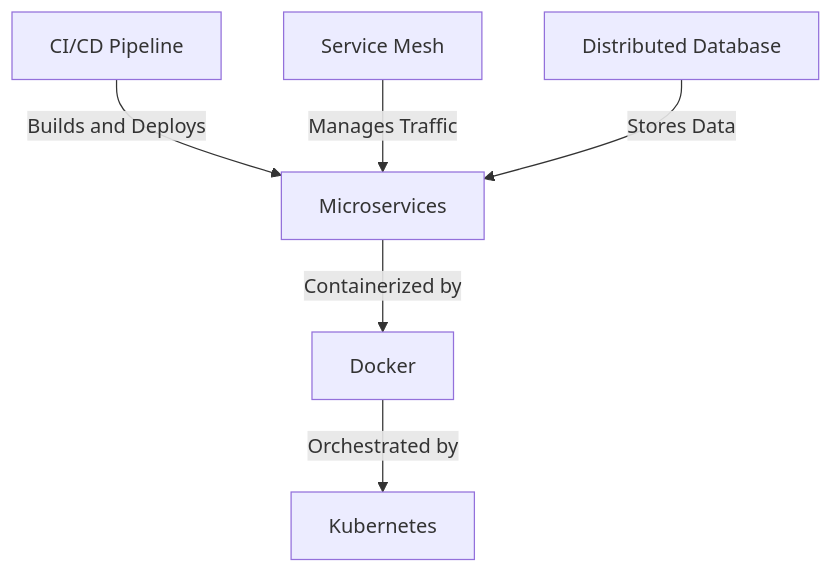
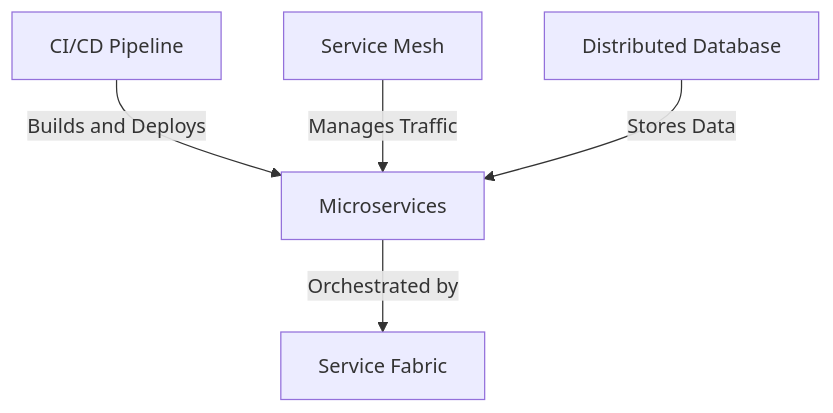
Before and after one commit to treveshan/softwaretopics: the fifth of 6 diagrams in microservices/Microservices_Presentation.md, drawn with Mermaid. The commit also changed other lines of this file, not shown here.

````diff
--- a/microservices/Microservices_Presentation.md
+++ b/microservices/Microservices_Presentation.md
@@ -112,8 +112,7 @@
 ```mermaid
 graph TD
-    A[Microservices] -->|Containerized by| B[Docker]
-    B -->|Orchestrated by| C[Kubernetes]
-    D[CI/CD Pipeline] -->|Builds and Deploys| A
-    E[Service Mesh] -->|Manages Traffic| A
-    F[Distributed Database] -->|Stores Data| A
+    A[Microservices] -->|Orchestrated by| B[Service Fabric]
+    C[CI/CD Pipeline] -->|Builds and Deploys| A
+    D[Service Mesh] -->|Manages Traffic| A
+    E[Distributed Database] -->|Stores Data| A
 ```
````
